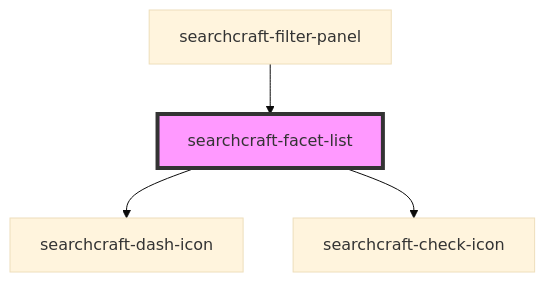
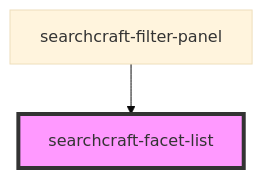
Before and after one commit to searchcraft-inc/searchcraft-javascript-sdks: the diagram in packages/javascript-sdk/src/components/searchcraft-facet-list/readme.md, drawn with Mermaid (base theme). The commit also changed other lines of this file and 13 other files, not shown here.

````diff
--- a/packages/javascript-sdk/src/components/searchcraft-facet-list/readme.md
+++ b/packages/javascript-sdk/src/components/searchcraft-facet-list/readme.md
@@ -34,7 +29,5 @@
 ```mermaid
 graph TD;
-  searchcraft-facet-list --> searchcraft-dash-icon
-  searchcraft-facet-list --> searchcraft-check-icon
   searchcraft-filter-panel --> searchcraft-facet-list
   style searchcraft-facet-list fill:#f9f,stroke:#333,stroke-width:4px
 ```
````
